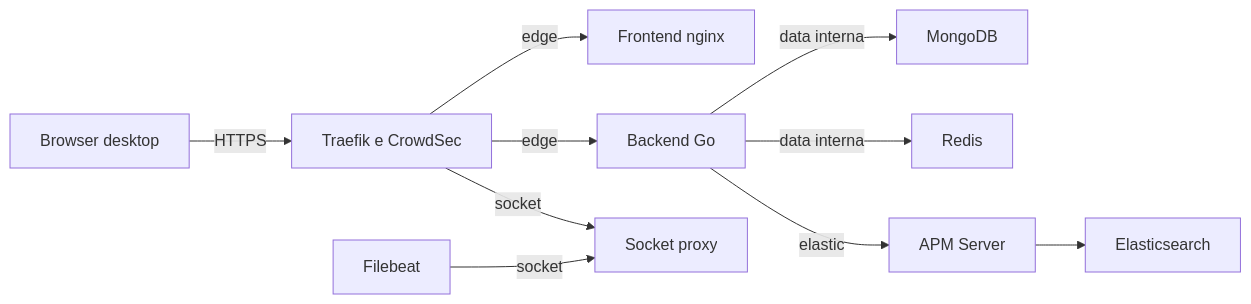
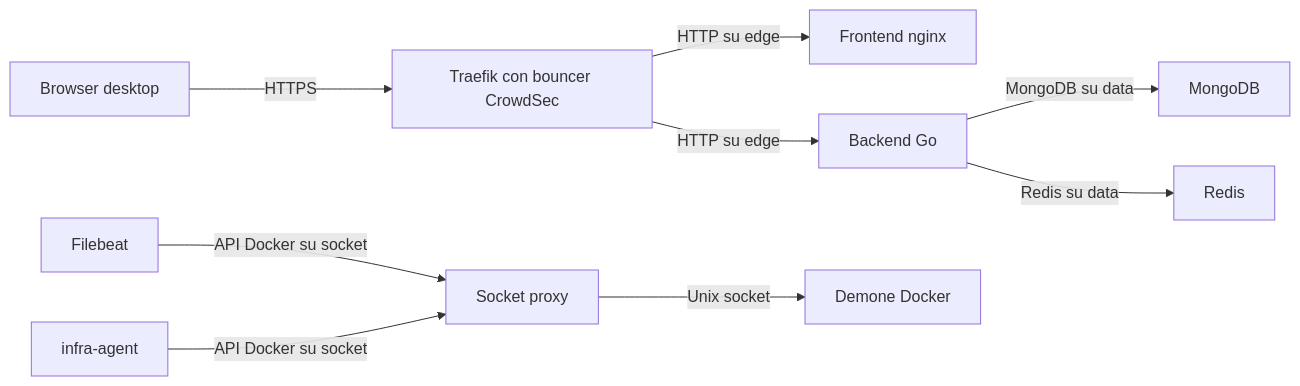
Before and after one commit to subnetMusk/pot-tales: the first of 2 diagrams in docs/ARCHITETTURA.md, drawn with Mermaid. The commit also changed other lines of this file and 15 other files, not shown here.

````diff
--- a/docs/ARCHITETTURA.md
+++ b/docs/ARCHITETTURA.md
@@ -374,12 +29,11 @@
 ```mermaid
 flowchart LR
-  browser[Browser desktop] -->|HTTPS| proxy[Traefik e CrowdSec]
-  proxy -->|edge| nginx[Frontend nginx]
-  proxy -->|edge| go[Backend Go]
-  go -->|data interna| mongo[MongoDB]
-  go -->|data interna| redis[Redis]
-  proxy -->|socket| socket[Socket proxy]
-  filebeat[Filebeat] -->|socket| socket
-  go -->|elastic| apm[APM Server]
-  apm --> es[Elasticsearch]
+  browser[Browser desktop] -->|HTTPS| proxy[Traefik con bouncer CrowdSec]
+  proxy -->|HTTP su edge| nginx[Frontend nginx]
+  proxy -->|HTTP su edge| go[Backend Go]
+  go -->|MongoDB su data| mongo[MongoDB]
+  go -->|Redis su data| redis[Redis]
+  filebeat[Filebeat] -->|API Docker su socket| socket[Socket proxy]
+  infra[infra-agent] -->|API Docker su socket| socket
+  socket -->|Unix socket| daemon[Demone Docker]
 ```
````
